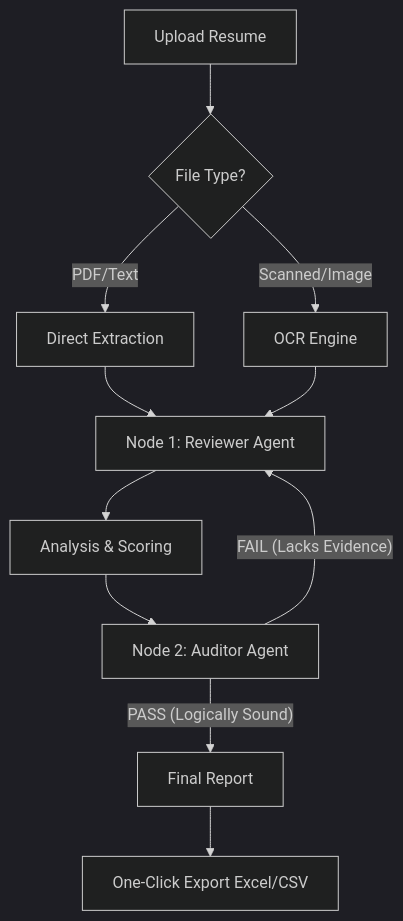
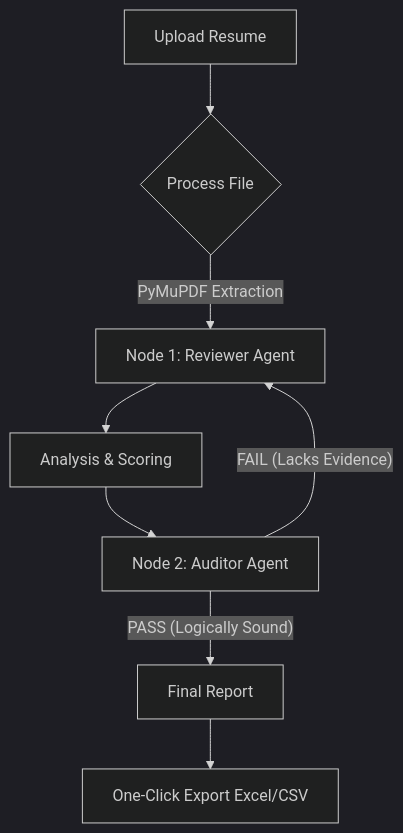
Before and after one commit to snui1s/skrut_ai_web: the diagram in README.md, drawn with Mermaid (dark theme). The commit also changed other lines of this file and 4 other files, not shown here.

First line of the commit message:
refactor: remove EasyOCR and transition to pure PyMuPDF text extraction

````diff
--- a/README.md
+++ b/README.md
@@ -86,13 +86,10 @@
 ```mermaid
 graph TD
-    A[Upload Resume] --> B{File Type?}
-    B -- PDF/Text --> C[Direct Extraction]
-    B -- Scanned/Image --> D[OCR Engine]
-    C --> E[Node 1: Reviewer Agent]
-    D --> E
+    A[Upload Resume] --> B{Process File}
+    B -- "PyMuPDF Extraction" --> E[Node 1: Reviewer Agent]
     E --> F[Analysis & Scoring]
     F --> G[Node 2: Auditor Agent]
     G -- "FAIL (Lacks Evidence)" --> E
     G -- "PASS (Logically Sound)" --> H[Final Report]
     H --> I[One-Click Export Excel/CSV]
 ```
````
